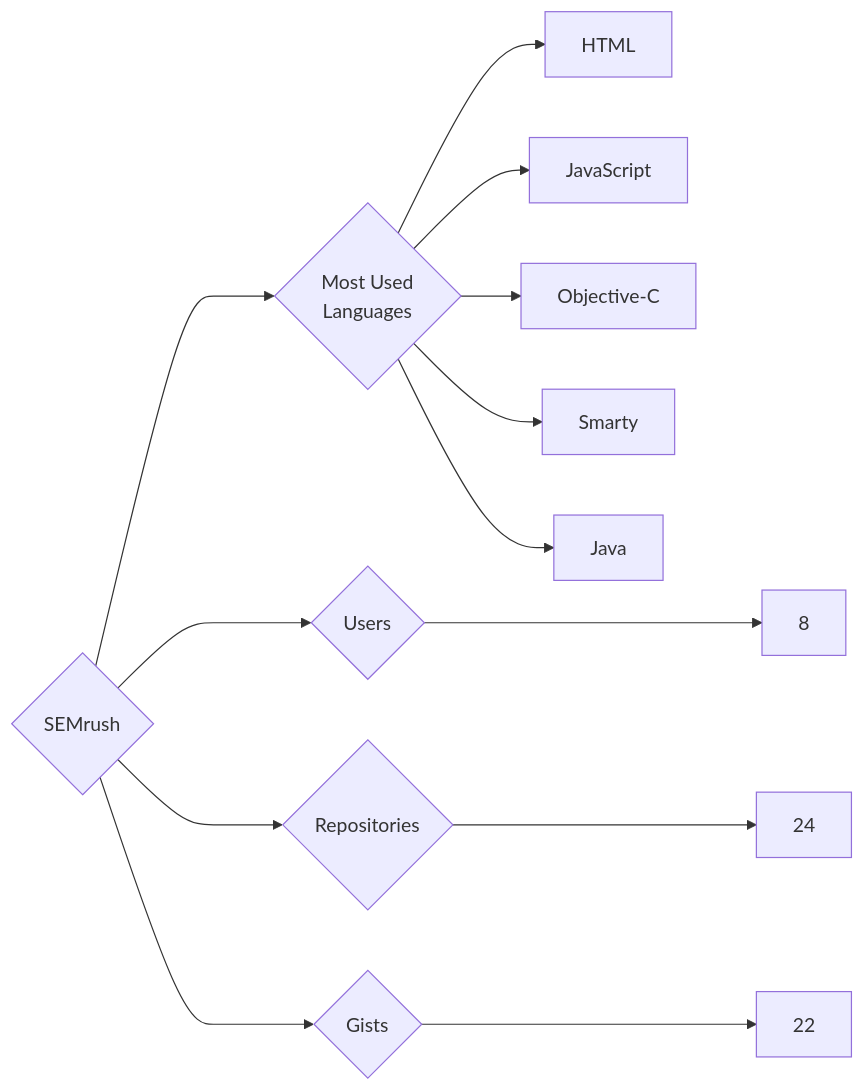
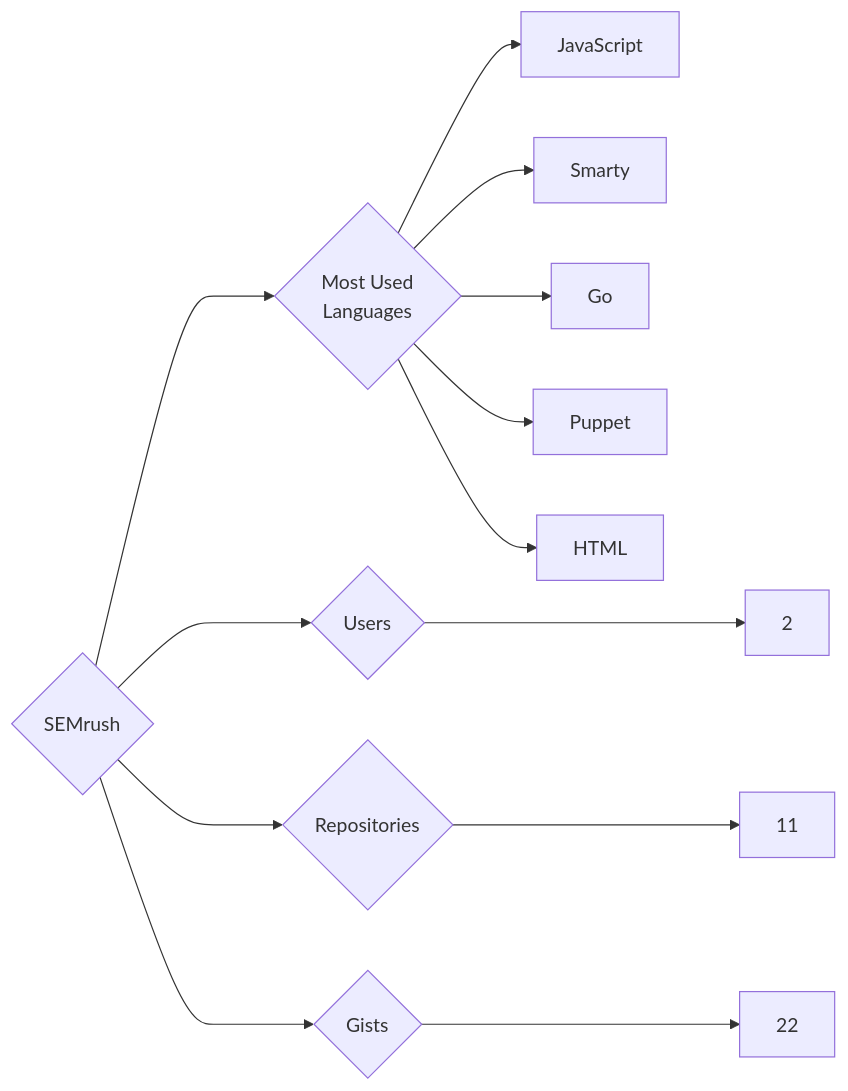
Before and after one commit to trickest/insiders: the diagram in targets/SEMrush/README.md, drawn with Mermaid. The commit also changed 799 other files, not shown here.

````diff
--- a/targets/SEMrush/README.md
+++ b/targets/SEMrush/README.md
@@ -3,13 +3,13 @@
 ```mermaid
 graph LR
 COMPANY_NAME{SEMrush}
-COMPANY_NAME ---> U{Users} ---> UN[8]
-COMPANY_NAME ---> R{Repositories} ---> RN[24]
+COMPANY_NAME ---> U{Users} ---> UN[2]
+COMPANY_NAME ---> R{Repositories} ---> RN[11]
 COMPANY_NAME ---> G{Gists} ---> GN[22]
 COMPANY_NAME ---> ML{Most Used<br>Languages}
+ML --> JavaScript[JavaScript]
+ML --> Smarty[Smarty]
+ML --> Go[Go]
+ML --> Puppet[Puppet]
 ML --> HTML[HTML]
-ML --> JavaScript[JavaScript]
-ML --> Objective-C[Objective-C]
-ML --> Smarty[Smarty]
-ML --> Java[Java]
 ```
````
